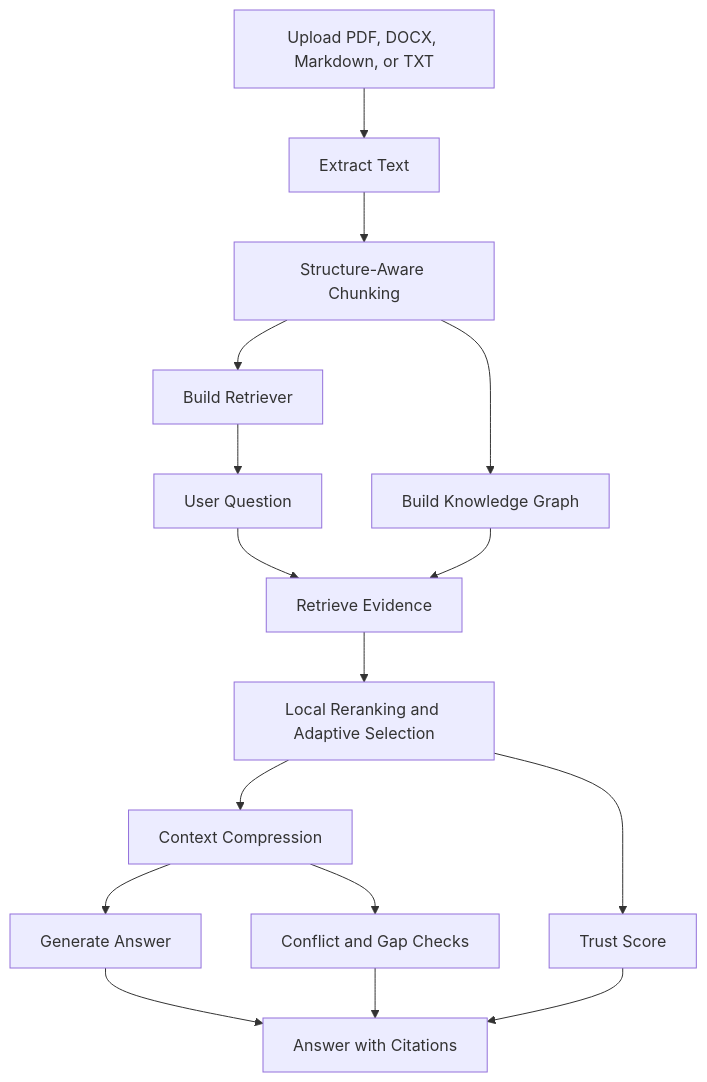
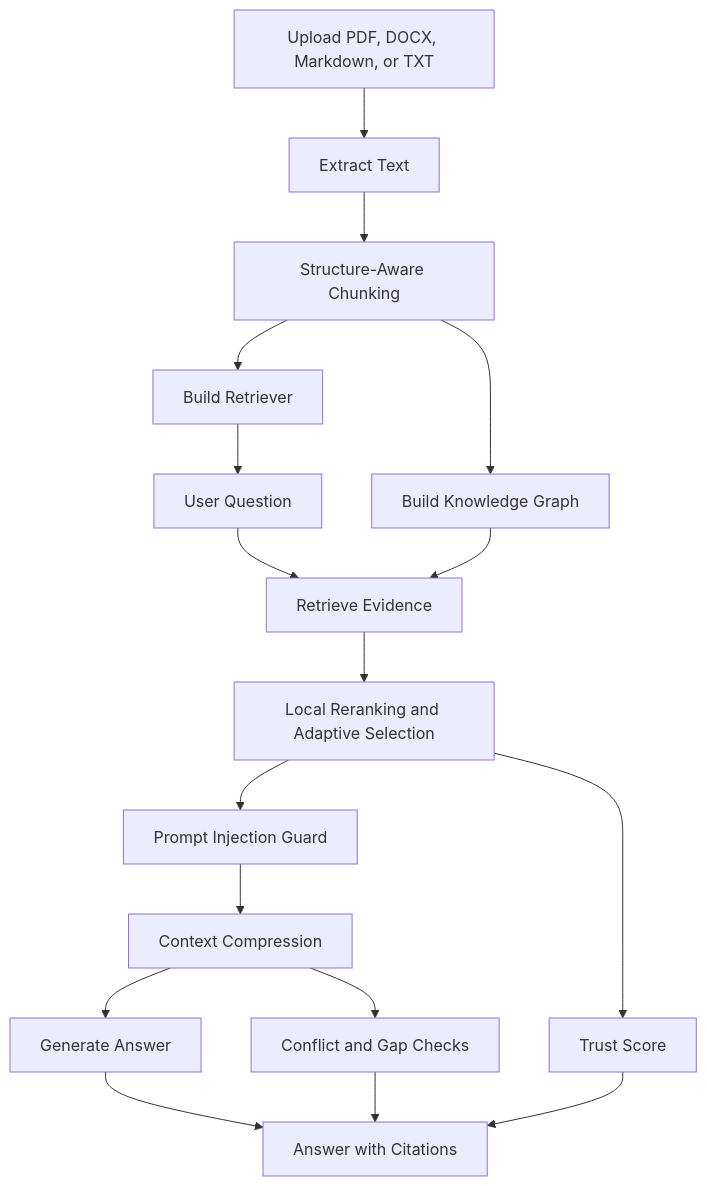
Before and after one commit to MamillaplliEshwarSaiRam/trustdoc-ai: the diagram in README.md, drawn with Mermaid. The commit also changed other lines of this file and 9 other files, not shown here.

Commit message:
Prompt Injection Guards

````diff
--- a/README.md
+++ b/README.md
@@ -53,18 +55,19 @@
 ```mermaid
 flowchart TD
     A[Upload PDF, DOCX, Markdown, or TXT] --> B[Extract Text]
     B --> C[Structure-Aware Chunking]
     C --> D[Build Retriever]
     C --> K[Build Knowledge Graph]
     D --> E[User Question]
     K --> F[Graph Expansion]
     E --> F[Retrieve Evidence]
     F --> L[Local Reranking and Adaptive Selection]
-    L --> M[Context Compression]
+    L --> N[Prompt Injection Guard]
+    N --> M[Context Compression]
     M --> G[Generate Answer]
     L --> H[Trust Score]
     M --> I[Conflict and Gap Checks]
     G --> J[Answer with Citations]
     H --> J
     I --> J
 ```
````
